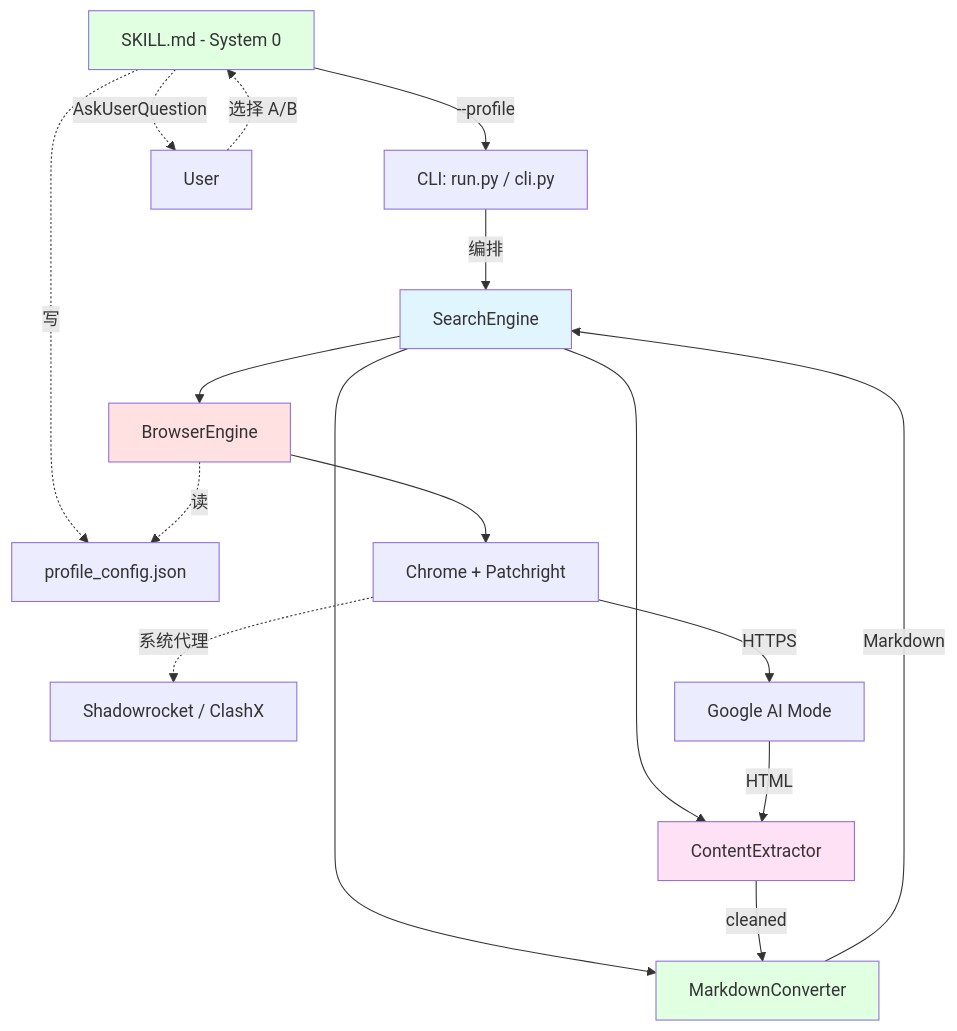
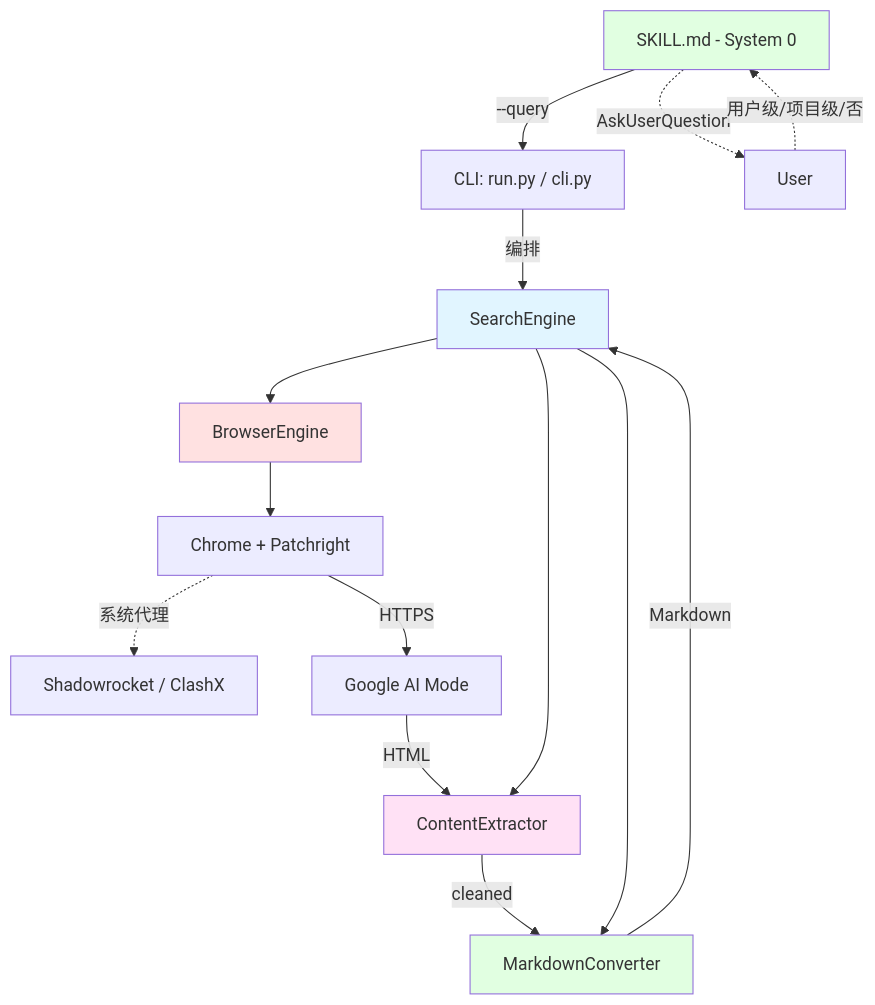
The second of 2 diagrams in .anws/v2/02_ARCHITECTURE_OVERVIEW.md (moyu12-ae/ZeroSearch), drawn with Mermaid before and after one commit. The commit also changed other lines of this file and 3 other files, not shown here.

First line of the commit message:
docs(sync): R5 — synchronize Architecture/Tasks/concept_model with 3-option AskUserQuestion

````diff
--- a/.anws/v2/02_ARCHITECTURE_OVERVIEW.md
+++ b/.anws/v2/02_ARCHITECTURE_OVERVIEW.md
@@ -218,24 +218,22 @@
 ```mermaid
 graph TD
-    SKILL[SKILL.md - System 0] -->|--profile| CLI[CLI: run.py / cli.py]
+    SKILL[SKILL.md - System 0] -->|--query| CLI[CLI: run.py / cli.py]
     SKILL -.->|AskUserQuestion| User[User]
-    User -.->|选择 A/B| SKILL
-    SKILL -.->|写| PC[profile_config.json]
+    User -.->|用户级/项目级/否| SKILL
     CLI -->|编排| SE[SearchEngine]
     SE --> BE[BrowserEngine]
     SE --> CE[ContentExtractor]
     SE --> MC[MarkdownConverter]
-    BE -.->|读| PC
     BE --> Chrome[Chrome + Patchright]
     Chrome -.->|系统代理| Proxy[Shadowrocket / ClashX]
     Chrome -->|HTTPS| Google[Google AI Mode]
     Google -->|HTML| CE
     CE -->|cleaned| MC
     MC -->|Markdown| SE
-    
+
     style SKILL fill:#e1ffe1
     style BE fill:#ffe1e1
     style SE fill:#e1f5ff
     style CE fill:#ffe1f5
     style MC fill:#e1ffe1
 ```
````
